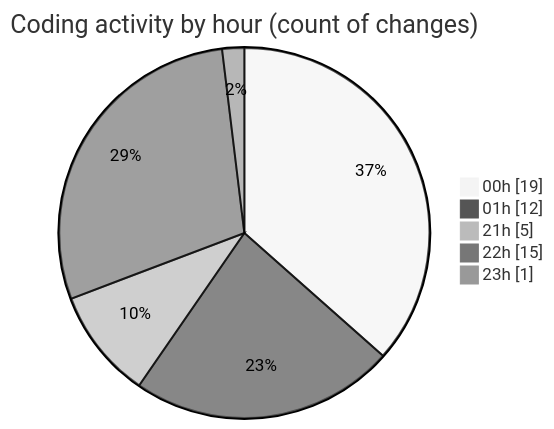
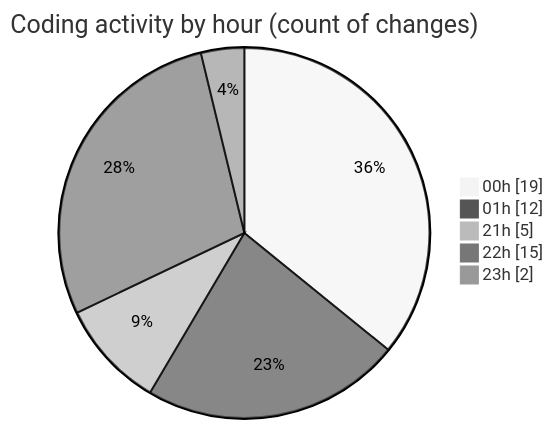
Before and after one commit to hasnaa123/code-tracking: the second of 2 diagrams in 2025-12-11/technologie_web/README.md, drawn with Mermaid (neutral theme). The commit also changed other lines of this file and 1 other file, not shown here.

````diff
--- a/2025-12-11/technologie_web/README.md
+++ b/2025-12-11/technologie_web/README.md
@@ -33,9 +33,9 @@
 ```mermaid
 pie showData
 title Coding activity by hour (count of changes)
 "00h" : 19
 "01h" : 12
 "21h" : 5
 "22h" : 15
-"23h" : 1
+"23h" : 2
 ```
````
